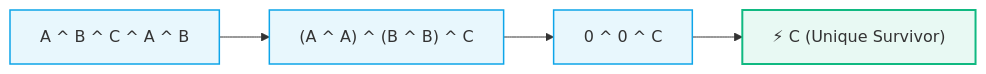
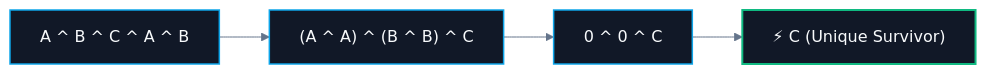
One commit to abhinavbharti2345/CS_Notes changed the diagram in CS/DSA/04. Bit Manipulation/03. XOR Patterns.md. Above: the diagram before and after it, drawn with Mermaid. The commit also changed other lines of this file and 195 other files, not shown here.

````diff
--- a/CS/DSA/04. Bit Manipulation/03. XOR Patterns.md
+++ b/CS/DSA/04. Bit Manipulation/03. XOR Patterns.md
@@ -40,11 +40,12 @@
 ```mermaid
+%%{init: {'theme': 'base', 'themeVariables': { 'darkMode': true, 'background': '#0B0F14', 'mainBkg': '#111827', 'primaryColor': '#111827', 'primaryTextColor': '#F8FAFC', 'primaryBorderColor': '#38BDF8', 'lineColor': '#64748B', 'secondaryColor': '#0B0F14', 'tertiaryColor': '#0B0F14', 'clusterBkg': '#0B0F14', 'clusterBorder': '#38BDF8' }}}%%
 flowchart LR
     A["A ^ B ^ C ^ A ^ B"] --> Group["(A ^ A) ^ (B ^ B) ^ C"]
     Group --> Eval["0 ^ 0 ^ C"]
     Eval --> Res["⚡ C (Unique Survivor)"]
 
-    classDef step fill:#0ea5e918,stroke:#0ea5e9,stroke-width:1.5px;
-    classDef target fill:#10b98118,stroke:#10b981,stroke-width:2px;
+    classDef step fill:#111827,stroke:#0ea5e9,stroke-width:1.5px,color:#F8FAFC;
+    classDef target fill:#111827,stroke:#10b981,stroke-width:2px,color:#F8FAFC;
     class A,Group,Eval step;
     class Res target;
 ```
````
